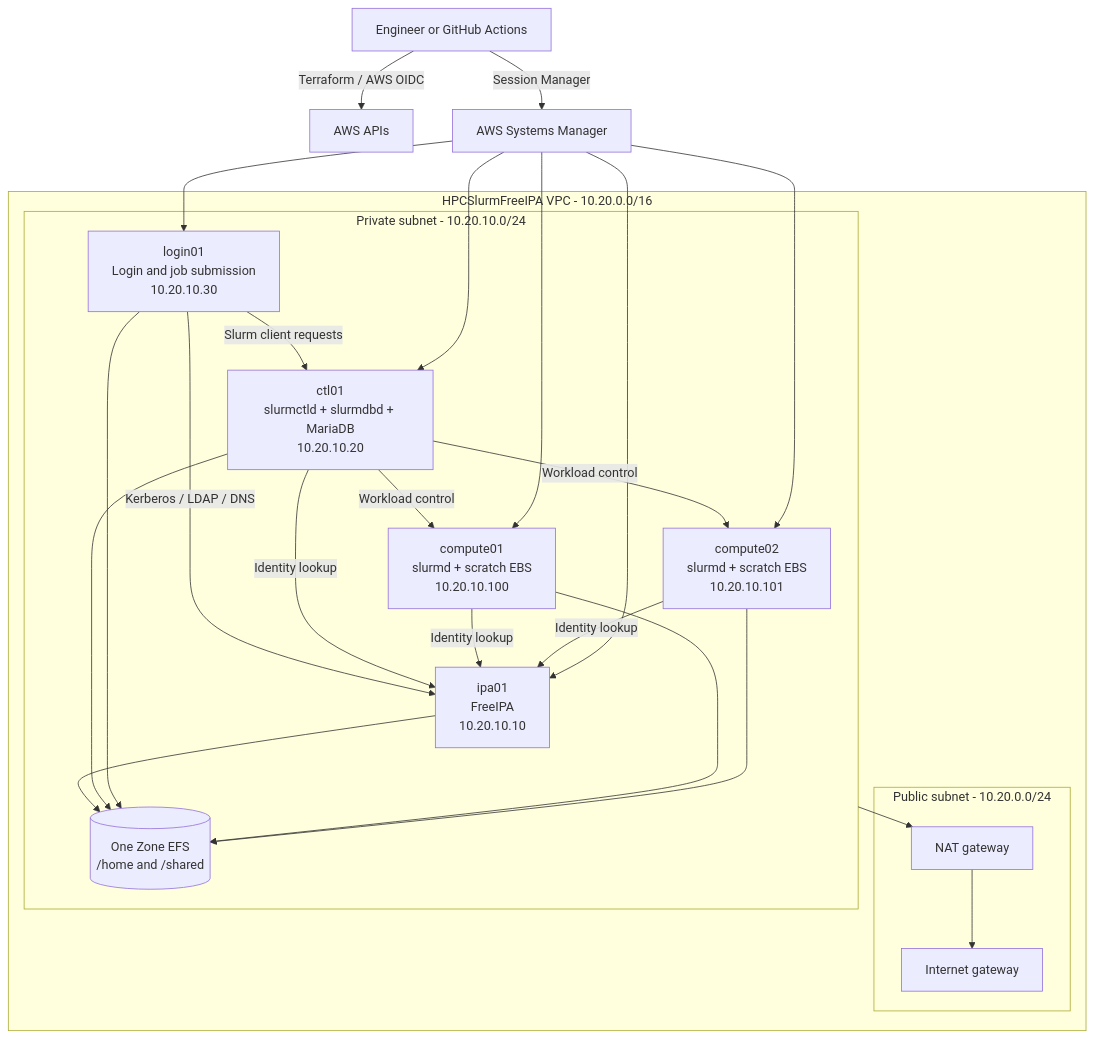
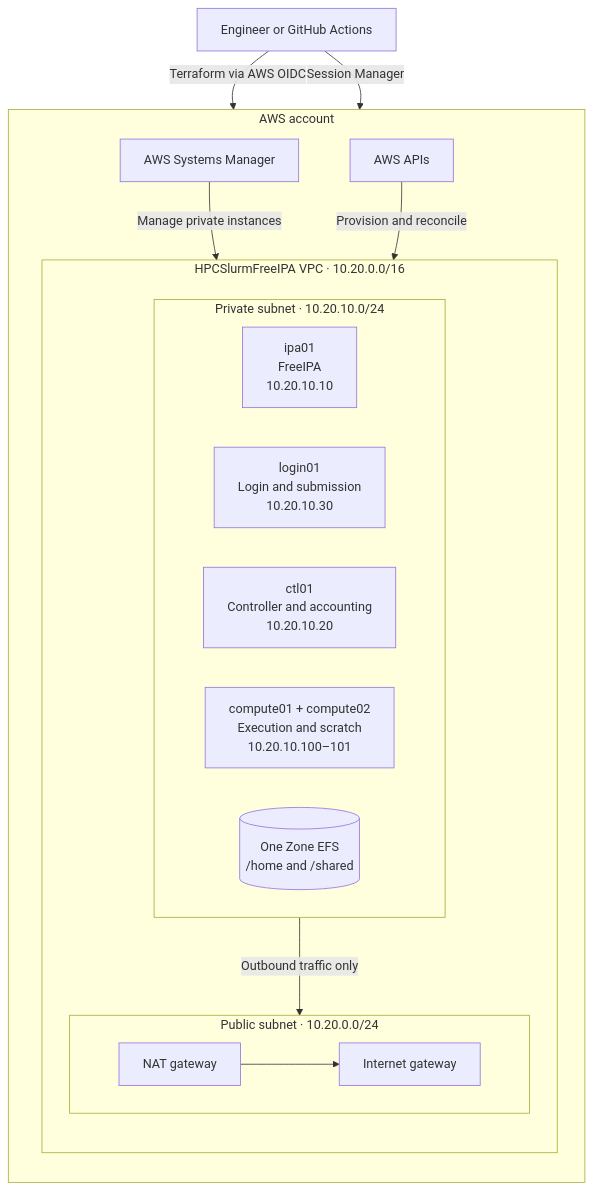
The first of 2 diagrams in README.md (Mohamed-atef345/aws-hpc-cluster-automation), drawn with Mermaid before and after one commit. The commit also changed other lines of this file, not shown here.

````diff
--- a/README.md
+++ b/README.md
@@ -56,41 +46,34 @@
 ```mermaid
 flowchart TB
-    Engineer[Engineer or GitHub Actions] -->|Terraform / AWS OIDC| AWS[AWS APIs]
-    Engineer -->|Session Manager| SSM[AWS Systems Manager]
+    Operator[Engineer or GitHub Actions]
 
-    subgraph VPC[HPCSlurmFreeIPA VPC - 10.20.0.0/16]
-        subgraph Public[Public subnet - 10.20.0.0/24]
-            IGW[Internet gateway]
-            NAT[NAT gateway]
+    subgraph AWSCloud[AWS account]
+        direction TB
+        API[AWS APIs]
+        SSM[AWS Systems Manager]
+
+        subgraph VPC[HPCSlurmFreeIPA VPC · 10.20.0.0/16]
+            direction TB
+
+            subgraph Private[Private subnet · 10.20.10.0/24]
+                direction LR
+                IPA[ipa01<br/>FreeIPA<br/>10.20.10.10]
+                Login[login01<br/>Login and submission<br/>10.20.10.30]
+                Controller[ctl01<br/>Controller and accounting<br/>10.20.10.20]
+                Compute[compute01 + compute02<br/>Execution and scratch<br/>10.20.10.100–101]
+                EFS[(One Zone EFS<br/>/home and /shared)]
+            end
+
+            subgraph Public[Public subnet · 10.20.0.0/24]
+                direction LR
+                NAT[NAT gateway] --> IGW[Internet gateway]
+            end
         end
-
-        subgraph Private[Private subnet - 10.20.10.0/24]
-            IPA[ipa01<br/>FreeIPA<br/>10.20.10.10]
-            Controller[ctl01<br/>slurmctld + slurmdbd + MariaDB<br/>10.20.10.20]
-            Login[login01<br/>Login and job submission<br/>10.20.10.30]
-            Compute1[compute01<br/>slurmd + scratch EBS<br/>10.20.10.100]
-            Compute2[compute02<br/>slurmd + scratch EBS<br/>10.20.10.101]
-            EFS[(One Zone EFS<br/>/home and /shared)]
-        end
-
-        Private --> NAT --> IGW
-        Login -->|Kerberos / LDAP / DNS| IPA
-        Controller -->|Identity lookup| IPA
-        Compute1 -->|Identity lookup| IPA
-        Compute2 -->|Identity lookup| IPA
-        Login -->|Slurm client requests| Controller
-        Controller -->|Workload control| Compute1
-        Controller -->|Workload control| Compute2
-        IPA --> EFS
-        Controller --> EFS
-        Login --> EFS
-        Compute1 --> EFS
-        Compute2 --> EFS
     end
 
-    SSM --> IPA
-    SSM --> Controller
-    SSM --> Login
-    SSM --> Compute1
-    SSM --> Compute2
+    Operator -->|Terraform via AWS OIDC| API
+    Operator -->|Session Manager| SSM
+    API -->|Provision and reconcile| VPC
+    SSM -->|Manage private instances| Private
+    Private -->|Outbound traffic only| NAT
 ```
````
